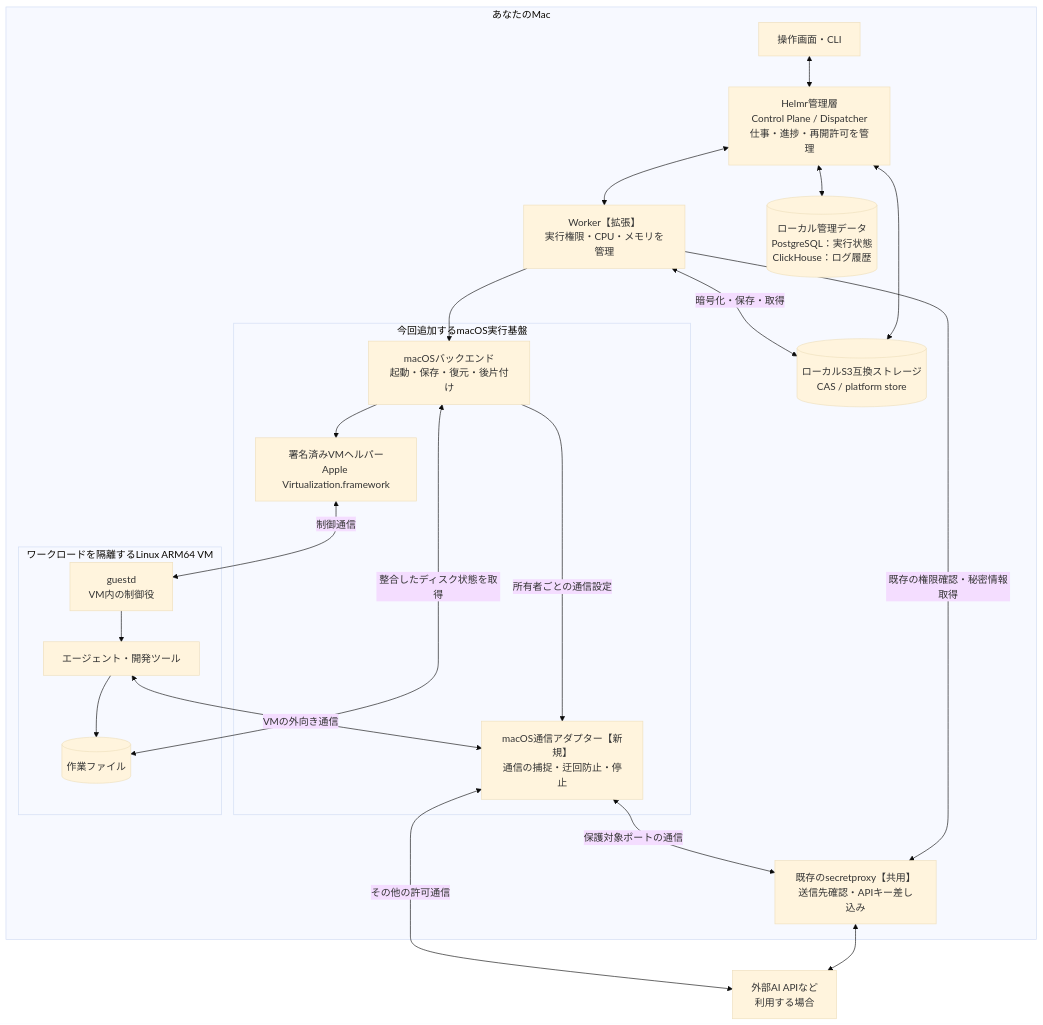
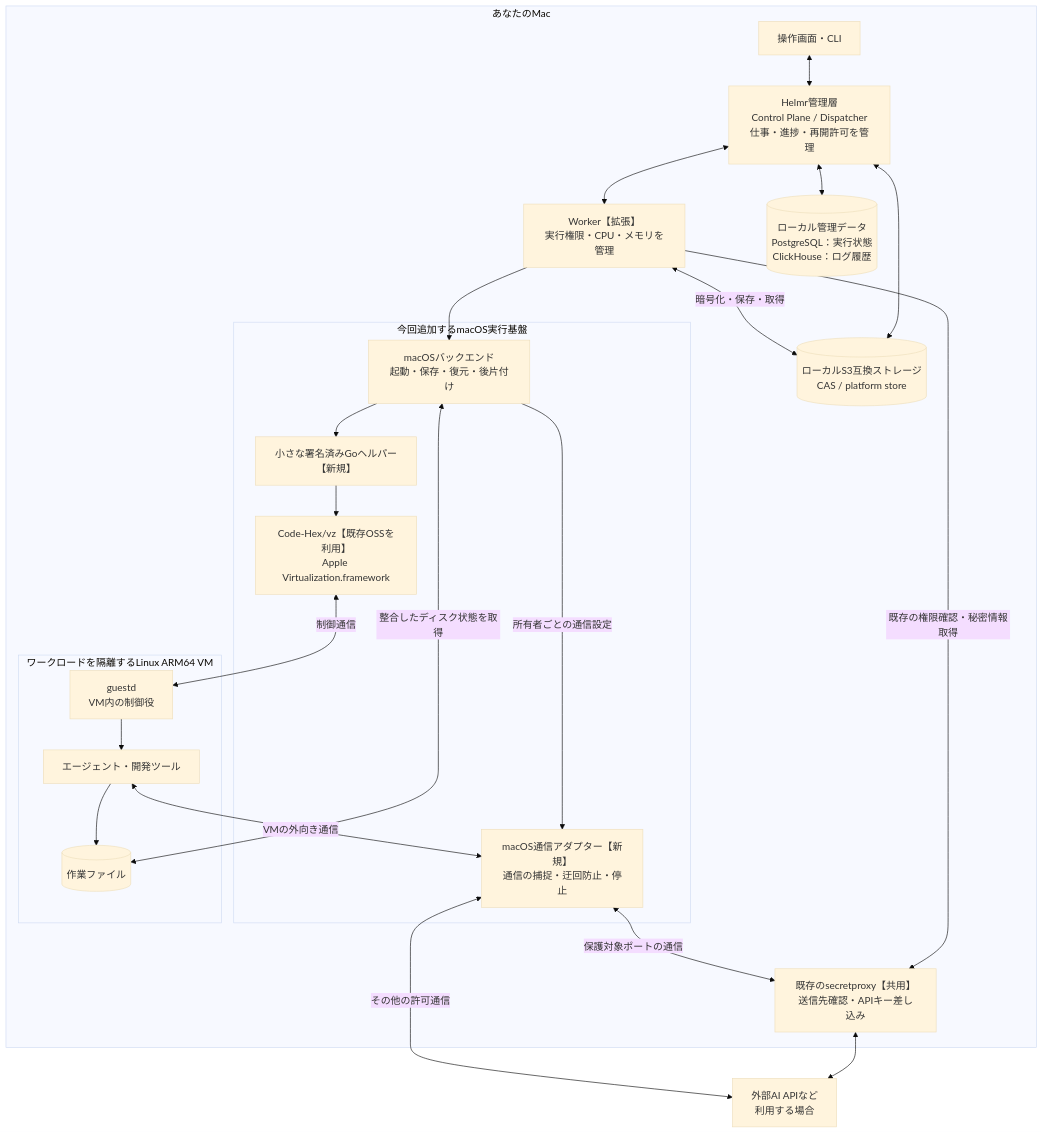
The first of 2 diagrams in docs/design/macos-runtime.md (kijitra/helmr), drawn with Mermaid (base theme) before and after one commit. The commit also changed other lines of this file and 14 other files, not shown here.

````diff
--- a/docs/design/macos-runtime.md
+++ b/docs/design/macos-runtime.md
@@ -111,42 +114,44 @@
 ```mermaid
 flowchart TB
   subgraph MAC["あなたのMac"]
     UI["操作画面・CLI"]
     CP["Helmr管理層<br/>Control Plane / Dispatcher<br/>仕事・進捗・再開許可を管理"]
     W["Worker【拡張】<br/>実行権限・CPU・メモリを管理"]
     DB[("ローカル管理データ<br/>PostgreSQL：実行状態<br/>ClickHouse：ログ履歴")]
     STORE[("ローカルS3互換ストレージ<br/>CAS / platform store")]
     PROXY["既存のsecretproxy【共用】<br/>送信先確認・APIキー差し込み"]
 
     subgraph NEW["今回追加するmacOS実行基盤"]
       B["macOSバックエンド<br/>起動・保存・復元・後片付け"]
-      H["署名済みVMヘルパー<br/>Apple Virtualization.framework"]
+      H["小さな署名済みGoヘルパー【新規】"]
+      VZ["Code-Hex/vz【既存OSSを利用】<br/>Apple Virtualization.framework"]
       NET["macOS通信アダプター【新規】<br/>通信の捕捉・迂回防止・停止"]
     end
 
     subgraph VM["ワークロードを隔離するLinux ARM64 VM"]
       G["guestd<br/>VM内の制御役"]
       A["エージェント・開発ツール"]
       DISK[("作業ファイル")]
       G --> A
       A --> DISK
     end
 
     UI <--> CP
     CP <--> W
     CP <--> DB
     CP <--> STORE
     W <-->|暗号化・保存・取得| STORE
     W -->|既存の権限確認・秘密情報取得| PROXY
     W --> B
     B --> H
+    H --> VZ
     B -->|所有者ごとの通信設定| NET
     B <-->|整合したディスク状態を取得| DISK
-    H <-->|制御通信| G
+    VZ <-->|制御通信| G
     A <-->|VMの外向き通信| NET
     NET <-->|保護対象ポートの通信| PROXY
   end
 
   PROXY <--> API["外部AI APIなど<br/>利用する場合"]
   NET <-->|その他の許可通信| API
 ```
````
